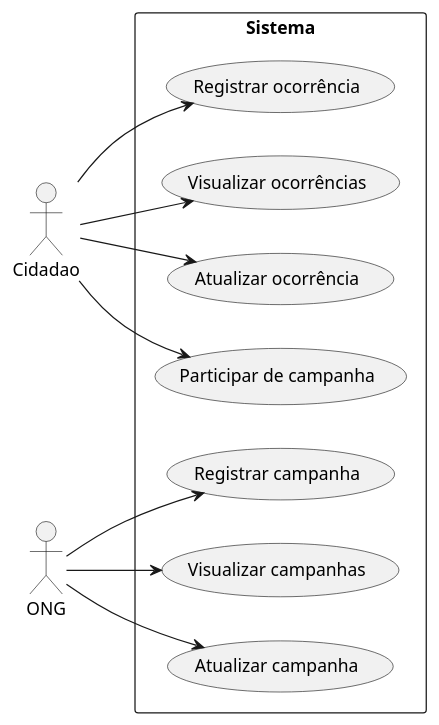
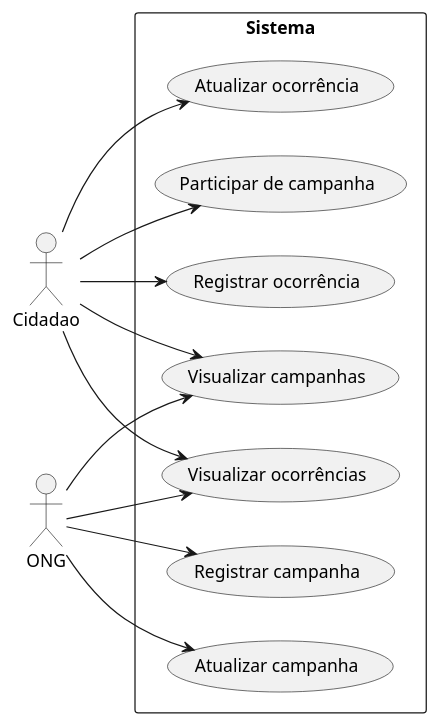
Before and after one commit to CarlosDinizz/proj-lab-eng-software: the diagram in modelagem/diagrama_casos_uso.md, drawn with PlantUML.

````diff
--- a/modelagem/diagrama_casos_uso.md
+++ b/modelagem/diagrama_casos_uso.md
@@ -3,28 +3,30 @@
 ```plantuml
 @startuml
 
 left to right direction
 
 actor "Cidadao" as cid
 actor "ONG" as ong
 
 rectangle Sistema {
   usecase "Registrar ocorrência" as UC1
   usecase "Visualizar ocorrências" as UC2
   usecase "Atualizar ocorrência" as UC3
   usecase "Participar de campanha" as UC4
   usecase "Registrar campanha" as UC5
   usecase "Visualizar campanhas" as UC6
   usecase "Atualizar campanha" as UC7
 }
 
 cid --> UC1
 cid --> UC2
 cid --> UC3
 cid --> UC4
+cid --> UC6
+ong --> UC2
 ong --> UC5
 ong --> UC6
 ong --> UC7
 
 @enduml
 ```
````
